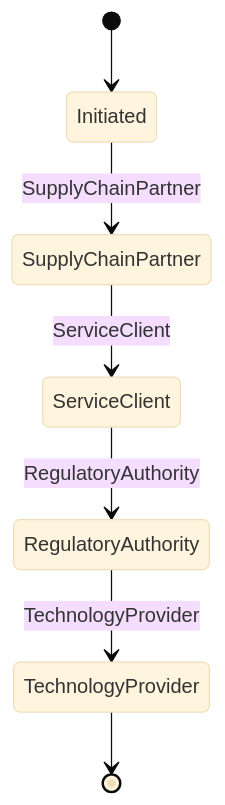
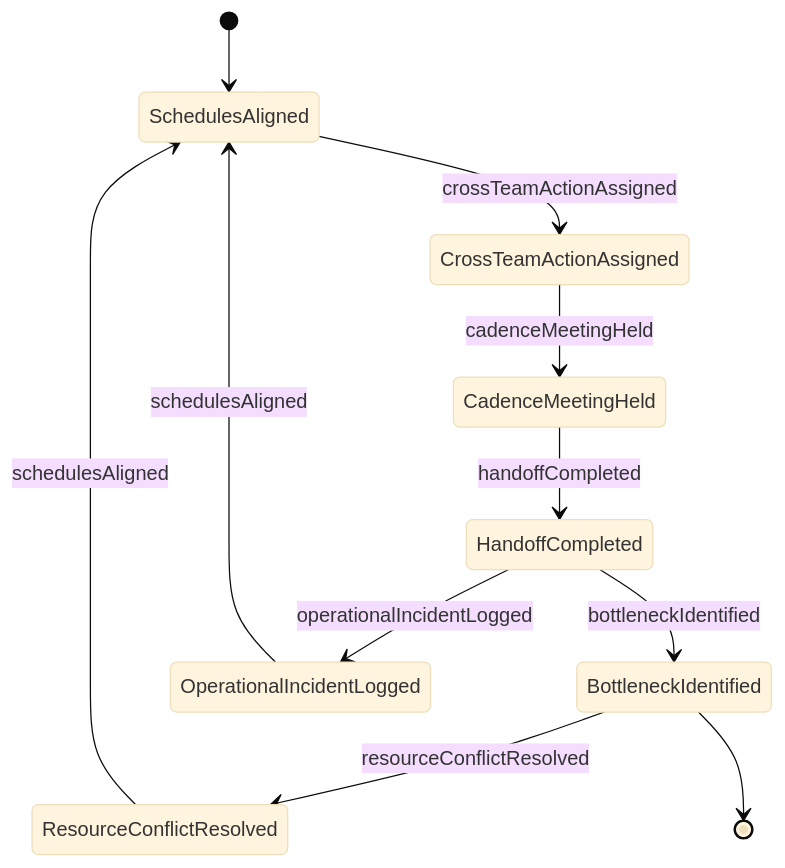
Before and after one commit to dot-org-ai/tasks.org.ai: the second of 4 diagrams in GuidingDirectingAndMotivatingSubordinates/DirectOrganizationalOperationsActivitiesOrProcedures/CoordinateOperationalActivities.mdx, drawn with Mermaid (base theme). The commit also changed other lines of this file and 515 other files, not shown here.

````diff
--- a/GuidingDirectingAndMotivatingSubordinates/DirectOrganizationalOperationsActivitiesOrProcedures/CoordinateOperationalActivities.mdx
+++ b/GuidingDirectingAndMotivatingSubordinates/DirectOrganizationalOperationsActivitiesOrProcedures/CoordinateOperationalActivities.mdx
@@ -99,9 +102,13 @@
 ```mermaid
 stateDiagram-v2
-    [*] --> Initiated
-    Initiated --> SupplyChainPartner: SupplyChainPartner
-    SupplyChainPartner --> ServiceClient: ServiceClient
-    ServiceClient --> RegulatoryAuthority: RegulatoryAuthority
-    RegulatoryAuthority --> TechnologyProvider: TechnologyProvider
-    TechnologyProvider --> [*]
+    [*] --> SchedulesAligned
+    SchedulesAligned --> CrossTeamActionAssigned : crossTeamActionAssigned
+    CrossTeamActionAssigned --> CadenceMeetingHeld : cadenceMeetingHeld
+    CadenceMeetingHeld --> HandoffCompleted : handoffCompleted
+    HandoffCompleted --> BottleneckIdentified : bottleneckIdentified
+    BottleneckIdentified --> ResourceConflictResolved : resourceConflictResolved
+    ResourceConflictResolved --> SchedulesAligned : schedulesAligned
+    HandoffCompleted --> OperationalIncidentLogged : operationalIncidentLogged
+    OperationalIncidentLogged --> SchedulesAligned : schedulesAligned
+    BottleneckIdentified --> [*]
 ```
````
